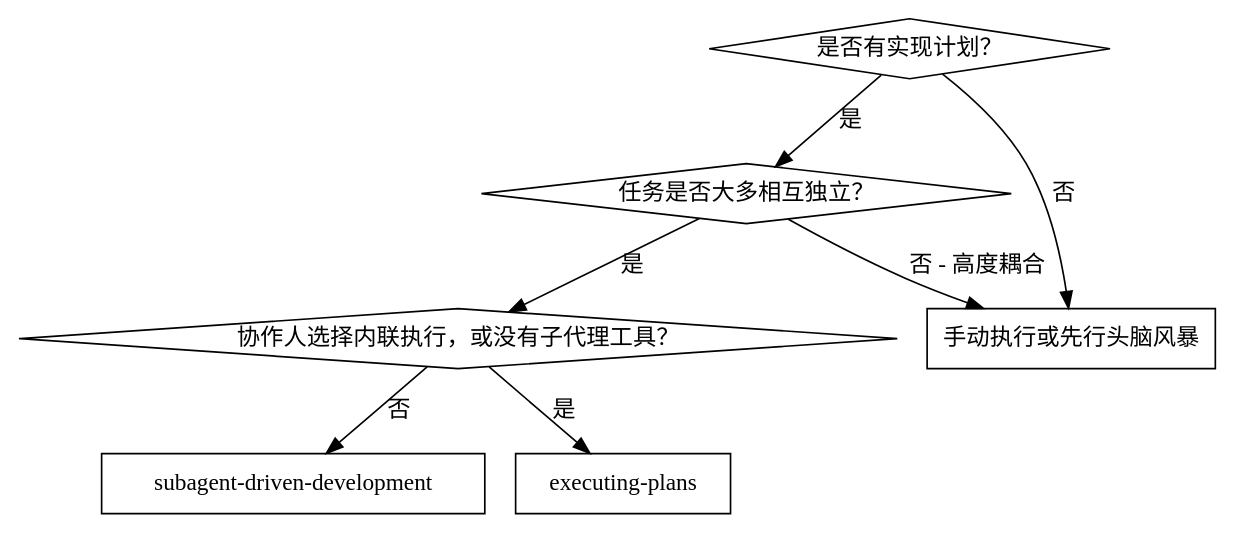
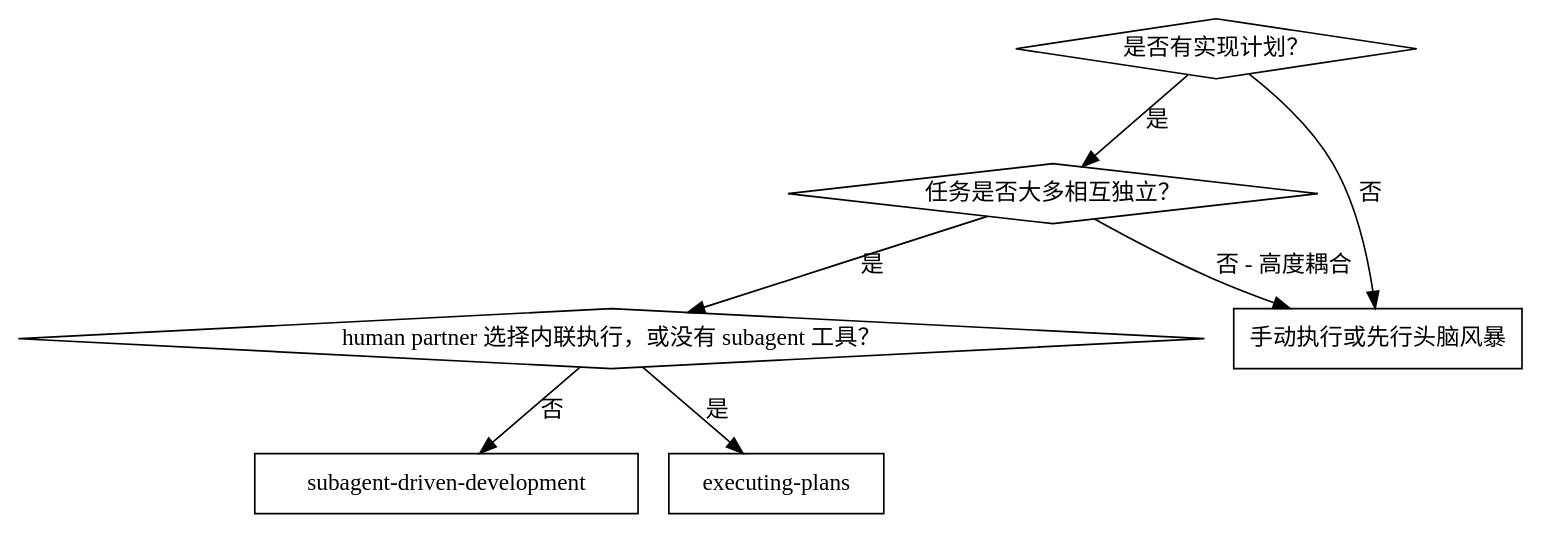
The first of 2 diagrams in skills/subagent-driven-development/SKILL.md (Wenaixi/dsh-superpower), drawn with Graphviz before and after one commit. The commit also changed other lines of this file and 57 other files, not shown here.

````diff
--- a/skills/subagent-driven-development/SKILL.md
+++ b/skills/subagent-driven-development/SKILL.md
@@ -24,17 +24,17 @@
 ```dot
 digraph when_to_use {
     "是否有实现计划？" [shape=diamond];
     "任务是否大多相互独立？" [shape=diamond];
-    "协作人选择内联执行，或没有子代理工具？" [shape=diamond];
+    "human partner 选择内联执行，或没有 subagent 工具？" [shape=diamond];
     "subagent-driven-development" [shape=box];
     "executing-plans" [shape=box];
     "手动执行或先行头脑风暴" [shape=box];
 
     "是否有实现计划？" -> "任务是否大多相互独立？" [label="是"];
     "是否有实现计划？" -> "手动执行或先行头脑风暴" [label="否"];
-    "任务是否大多相互独立？" -> "协作人选择内联执行，或没有子代理工具？" [label="是"];
+    "任务是否大多相互独立？" -> "human partner 选择内联执行，或没有 subagent 工具？" [label="是"];
     "任务是否大多相互独立？" -> "手动执行或先行头脑风暴" [label="否 - 高度耦合"];
-    "协作人选择内联执行，或没有子代理工具？" -> "executing-plans" [label="是"];
-    "协作人选择内联执行，或没有子代理工具？" -> "subagent-driven-development" [label="否"];
+    "human partner 选择内联执行，或没有 subagent 工具？" -> "executing-plans" [label="是"];
+    "human partner 选择内联执行，或没有 subagent 工具？" -> "subagent-driven-development" [label="否"];
 }
 ```
````
